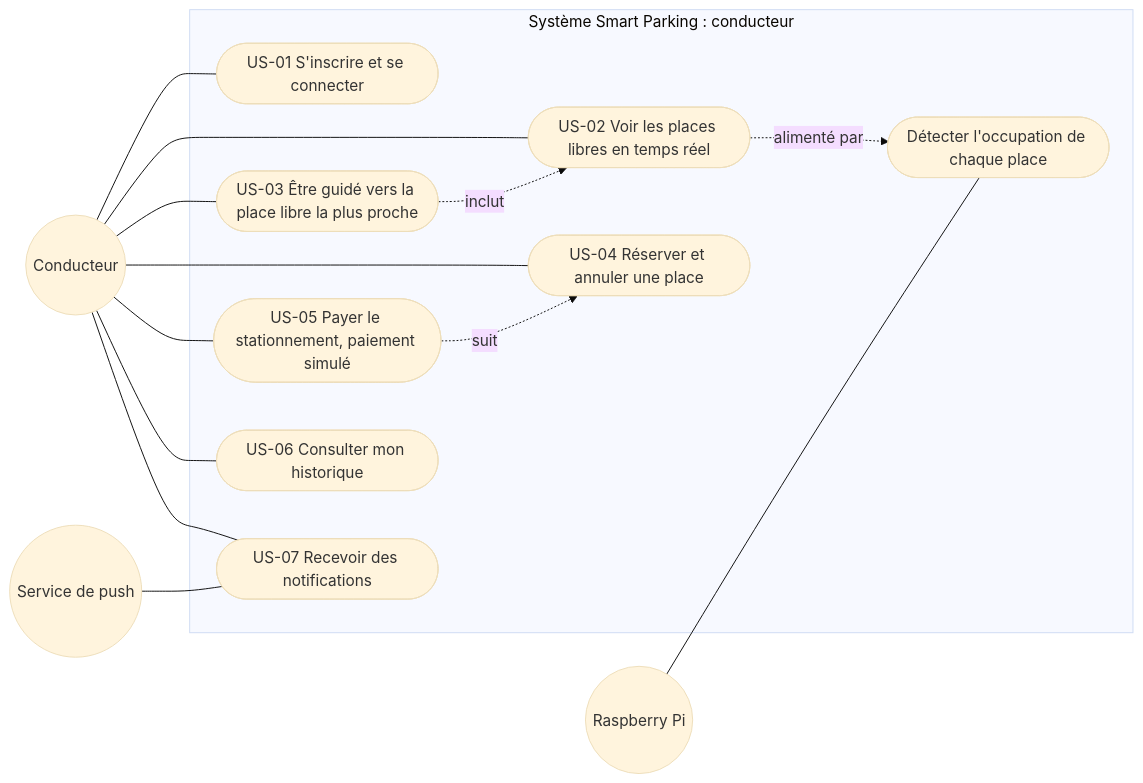
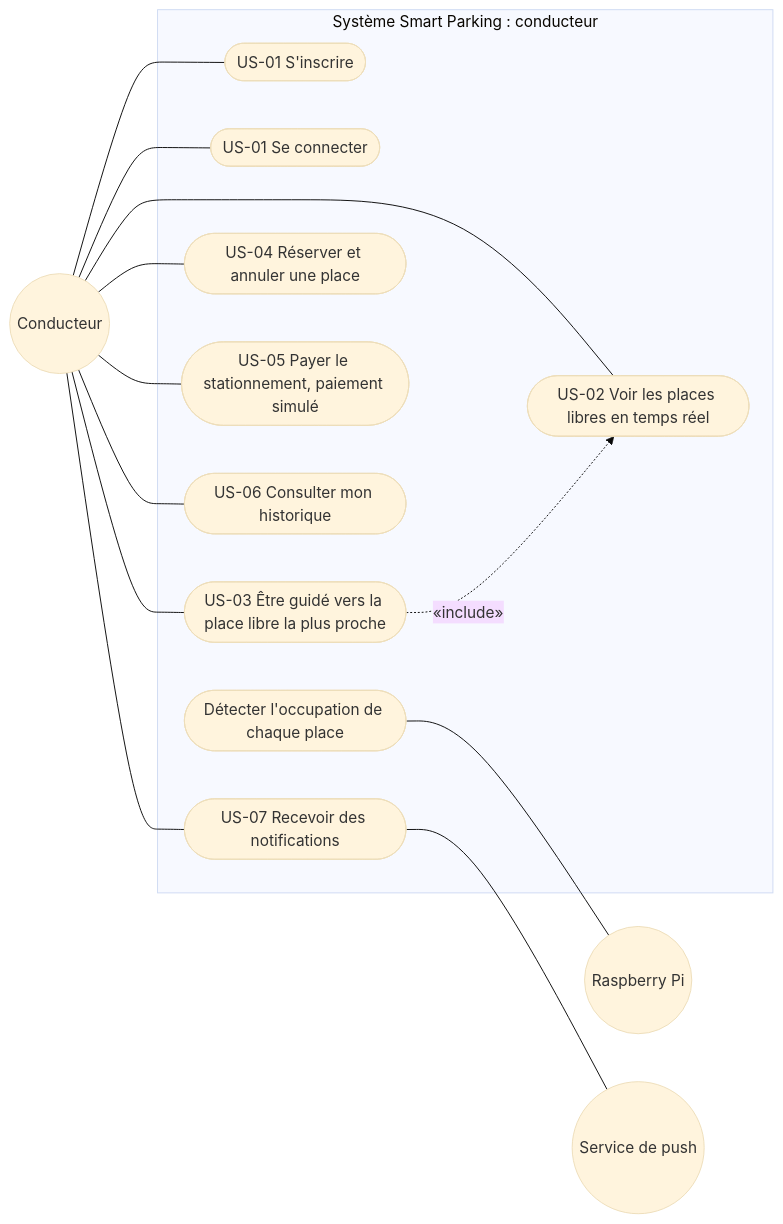
The first of 2 diagrams in docs/uml/01-cas-utilisation.md (amaltrigui19/projet_smart_parking), drawn with Mermaid (base theme) before and after one commit. The commit also changed other lines of this file and 3 other files, not shown here.

Commit message:
uml corrigée

````diff
--- a/docs/uml/01-cas-utilisation.md
+++ b/docs/uml/01-cas-utilisation.md
@@ -16,32 +16,33 @@
 ```mermaid
 flowchart LR
     conducteur(("Conducteur"))
-    pi(("Raspberry Pi"))
-    push(("Service de push"))
 
     subgraph systeme ["Système Smart Parking : conducteur"]
-        uc01(["US-01 S'inscrire et se connecter"])
+        uc01a(["US-01 S'inscrire"])
+        uc01b(["US-01 Se connecter"])
         uc02(["US-02 Voir les places libres en temps réel"])
         uc03(["US-03 Être guidé vers la place libre la plus proche"])
         uc04(["US-04 Réserver et annuler une place"])
         uc05(["US-05 Payer le stationnement, paiement simulé"])
         uc06(["US-06 Consulter mon historique"])
         uc07(["US-07 Recevoir des notifications"])
         detecter(["Détecter l'occupation de chaque place"])
     end
 
-    conducteur --- uc01
+    pi(("Raspberry Pi"))
+    push(("Service de push"))
+
+    conducteur --- uc01a
+    conducteur --- uc01b
     conducteur --- uc02
     conducteur --- uc03
     conducteur --- uc04
     conducteur --- uc05
     conducteur --- uc06
     conducteur --- uc07
 
-    pi --- detecter
-    push --- uc07
+    detecter --- pi
+    uc07 --- push
 
-    uc03 -.->|"inclut"| uc02
-    uc05 -.->|"suit"| uc04
-    uc02 -.->|"alimenté par"| detecter
+    uc03 -.->|"«include»"| uc02
 ```
````
